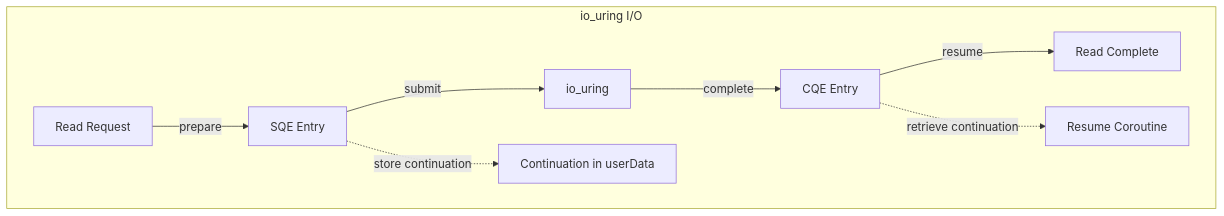
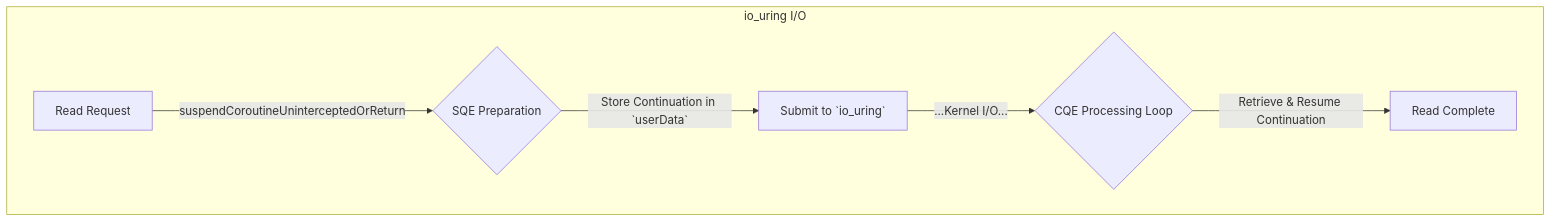
One commit to jnorthrup/superbikeshed changed the fourth of 4 diagrams in CHANNEL_COROUTINE_PATTERNS.md. Above: the diagram before and after it, drawn with Mermaid. The commit also changed other lines of this file and 56 other files, not shown here.

````diff
--- a/CHANNEL_COROUTINE_PATTERNS.md
+++ b/CHANNEL_COROUTINE_PATTERNS.md
@@ -156,12 +168,9 @@
 ```mermaid
 flowchart TD
     subgraph "io_uring I/O"
-        A[Read Request] -->|prepare| B[SQE Entry]
-        B -->|submit| C[io_uring]
-        C -->|complete| D[CQE Entry]
-        D -->|resume| E[Read Complete]
-        
-        B -.->|store continuation| CONT[Continuation in userData]
-        D -.->|retrieve continuation| RESUME[Resume Coroutine]
+        A[Read Request] -->|"suspendCoroutineUninterceptedOrReturn"| B{SQE Preparation}
+        B -->|Store Continuation in `userData`| C[Submit to `io_uring`]
+        C -->|...Kernel I/O...| D{CQE Processing Loop}
+        D -->|Retrieve & Resume Continuation| E[Read Complete]
     end
 ```
````
